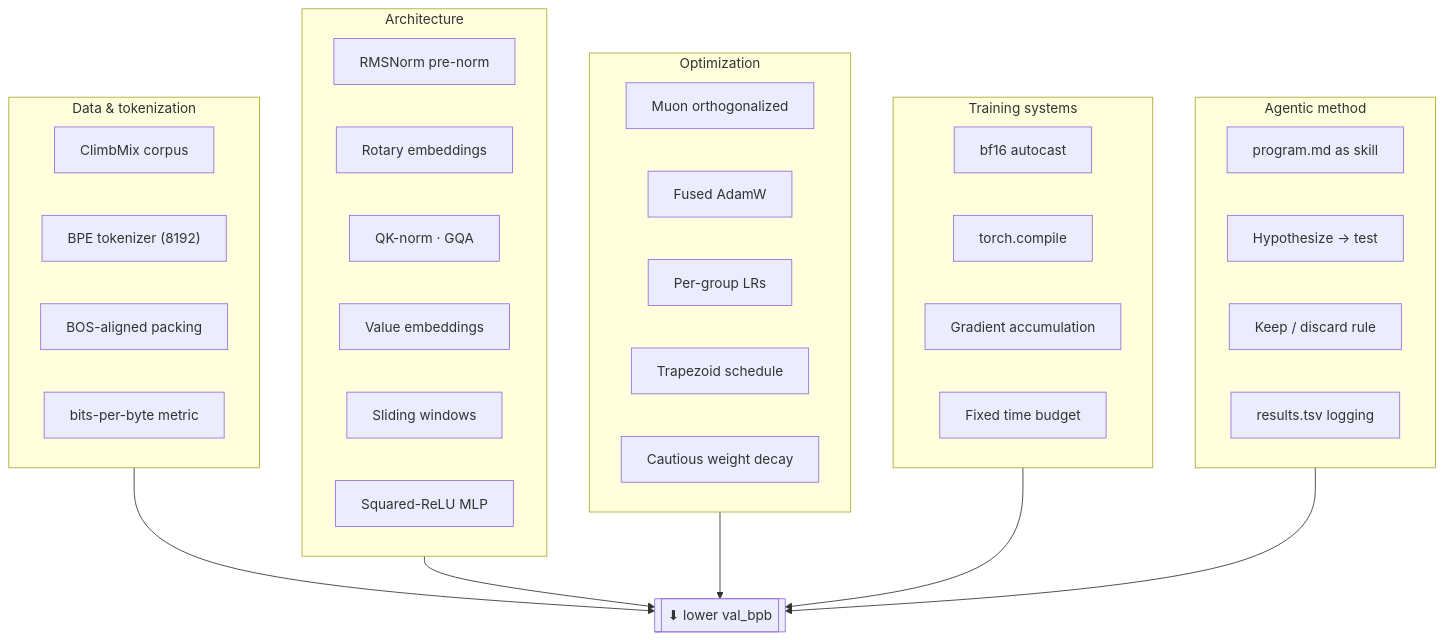
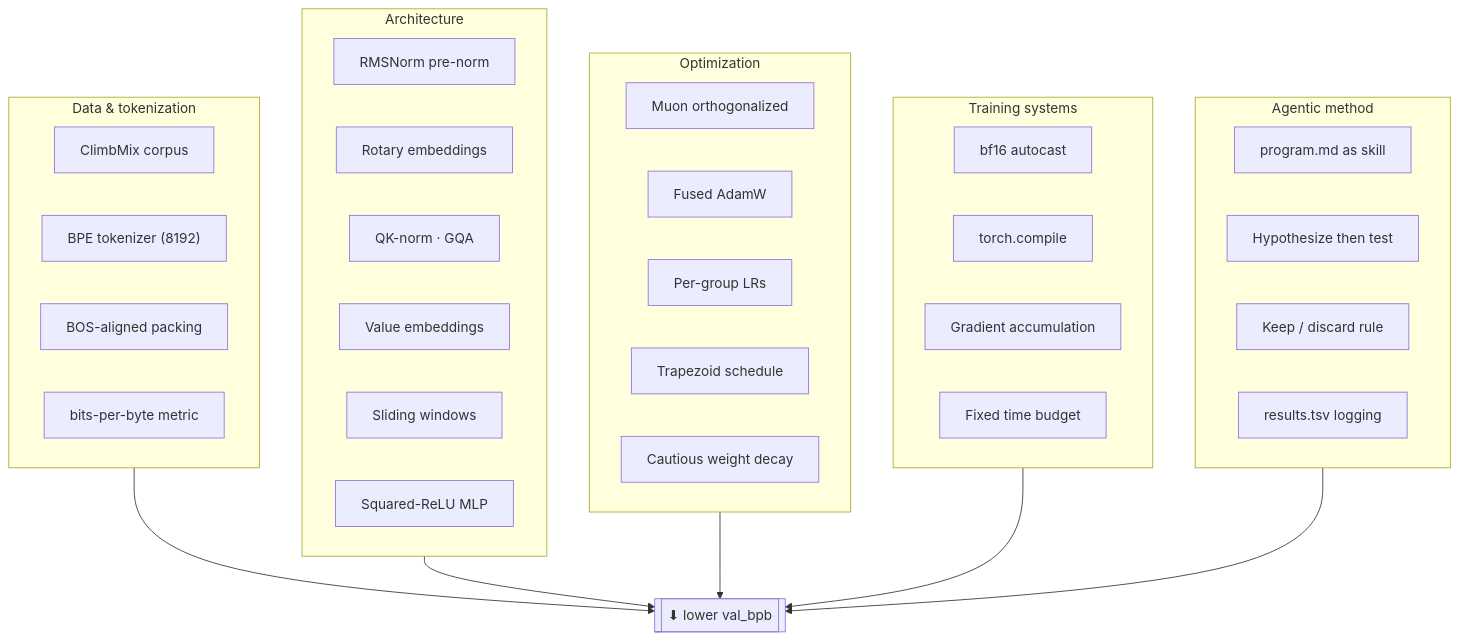
The second of 5 diagrams in README.md (joshberryxyz/autoresearch), drawn with Mermaid before and after one commit. The commit also changed other lines of this file and 5 other files, not shown here.

````diff
--- a/README.md
+++ b/README.md
@@ -113,41 +115,41 @@
 ```mermaid
 flowchart TB
     subgraph DATA["Data & tokenization"]
         d1[ClimbMix corpus]
         d2["BPE tokenizer (8192)"]
         d3[BOS-aligned packing]
         d4[bits-per-byte metric]
     end
     subgraph ARCH["Architecture"]
         a1[RMSNorm pre-norm]
         a2[Rotary embeddings]
         a3["QK-norm · GQA"]
         a4[Value embeddings]
         a5[Sliding windows]
         a6[Squared-ReLU MLP]
     end
     subgraph OPT["Optimization"]
         o1[Muon orthogonalized]
         o2[Fused AdamW]
         o3[Per-group LRs]
         o4[Trapezoid schedule]
         o5[Cautious weight decay]
     end
     subgraph SYS["Training systems"]
         s1[bf16 autocast]
         s2[torch.compile]
         s3[Gradient accumulation]
         s4[Fixed time budget]
     end
     subgraph AGENT["Agentic method"]
         g1["program.md as skill"]
-        g2[Hypothesize → test]
+        g2[Hypothesize then test]
         g3[Keep / discard rule]
         g4[results.tsv logging]
     end
     DATA --> GOAL[["⬇ lower val_bpb"]]
     ARCH --> GOAL
     OPT --> GOAL
     SYS --> GOAL
     AGENT --> GOAL
 ```
````
